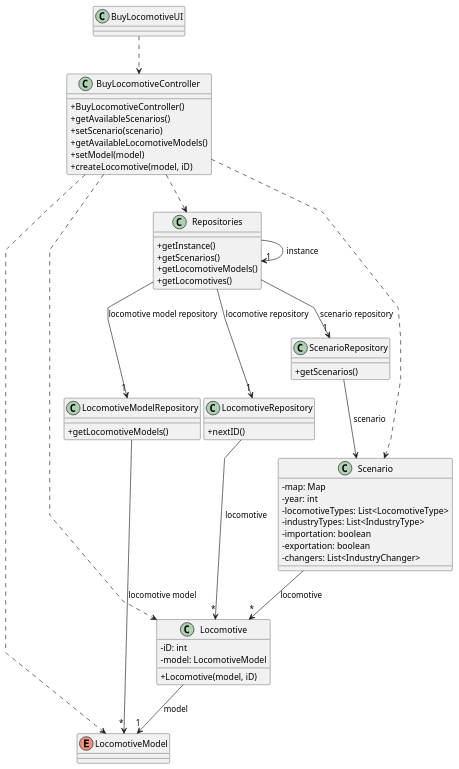
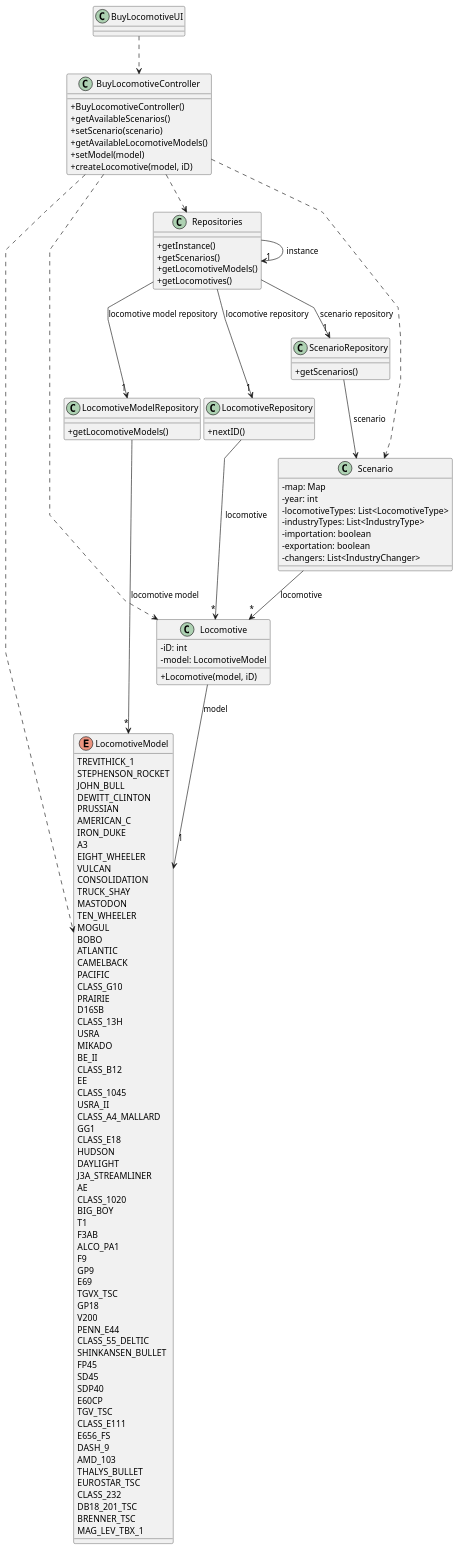
One commit to 1240935/pi2-railway-simulator changed the diagram in Sprint2/US009/03.design/puml/US009-CD.puml. Above: the diagram before and after it, drawn with PlantUML. The commit also changed 14 other files, not shown here.

```diff
--- a/Sprint2/US009/03.design/puml/US009-CD.puml
+++ b/Sprint2/US009/03.design/puml/US009-CD.puml
@@ -1,81 +1,147 @@
 @startuml
 'skinparam monochrome true
 skinparam packageStyle rectangle
 skinparam shadowing false
 skinparam linetype polyline
 'skinparam linetype orto
 
 skinparam classAttributeIconSize 0
 
 'left to right direction
 
 class BuyLocomotiveUI{
 }
 
 class BuyLocomotiveController {
   + BuyLocomotiveController()
   + getAvailableScenarios()
   + setScenario(scenario)
   + getAvailableLocomotiveModels()
   + setModel(model)
   + createLocomotive(model, iD)
 }
 
 class Repositories {
   + getInstance()
   + getScenarios()
   + getLocomotiveModels()
   + getLocomotives()
 }
 
 class ScenarioRepository {
   + getScenarios()
 }
 
 class LocomotiveModelRepository {
   + getLocomotiveModels()
 }
 
 class LocomotiveRepository {
   + nextID()
 }
 
 class Scenario {
        -map: Map
        -year: int
        -locomotiveTypes: List<LocomotiveType>
        -industryTypes: List<IndustryType>
        -importation: boolean
        -exportation: boolean
        -changers: List<IndustryChanger>
  }
 
 enum LocomotiveModel{
+    TREVITHICK_1
+    STEPHENSON_ROCKET
+    JOHN_BULL
+    DEWITT_CLINTON
+    PRUSSIAN
+    AMERICAN_C
+    IRON_DUKE
+    A3
+    EIGHT_WHEELER
+    VULCAN
+    CONSOLIDATION
+    TRUCK_SHAY
+    MASTODON
+    TEN_WHEELER
+    MOGUL
+    BOBO
+    ATLANTIC
+    CAMELBACK
+    PACIFIC
+    CLASS_G10
+    PRAIRIE
+    D16SB
+    CLASS_13H
+    USRA
+    MIKADO
+    BE_II
+    CLASS_B12
+    EE
+    CLASS_1045
+    USRA_II
+    CLASS_A4_MALLARD
+    GG1
+    CLASS_E18
+    HUDSON
+    DAYLIGHT
+    J3A_STREAMLINER
+    AE
+    CLASS_1020
+    BIG_BOY
+    T1
+    F3AB
+    ALCO_PA1
+    F9
+    GP9
+    E69
+    TGVX_TSC
+    GP18
+    V200
+    PENN_E44
+    CLASS_55_DELTIC
+    SHINKANSEN_BULLET
+    FP45
+    SD45
+    SDP40
+    E60CP
+    TGV_TSC
+    CLASS_E111
+    E656_FS
+    DASH_9
+    AMD_103
+    THALYS_BULLET
+    EUROSTAR_TSC
+    CLASS_232
+    DB18_201_TSC
+    BRENNER_TSC
+    MAG_LEV_TBX_1
 
 }
 
 class Locomotive {
   - iD: int
   - model: LocomotiveModel
   + Locomotive(model, iD)
 }
 
 BuyLocomotiveUI ..> BuyLocomotiveController
 BuyLocomotiveController ..> Scenario
 BuyLocomotiveController ..> LocomotiveModel
 BuyLocomotiveController ..> Locomotive
 BuyLocomotiveController ..> Repositories
 
 Repositories -> "1" Repositories : instance
 Repositories --> "1" ScenarioRepository : scenario repository
 Repositories --> "1" LocomotiveModelRepository : locomotive model repository
 Repositories --> "1" LocomotiveRepository : locomotive repository
 ScenarioRepository --> Scenario : scenario
 
 Scenario --> "*" Locomotive: locomotive
 LocomotiveModelRepository --> "*" LocomotiveModel : locomotive model
 LocomotiveRepository --> "*" Locomotive: locomotive
 Locomotive --> "1" LocomotiveModel: model
 
 
 @enduml
```
